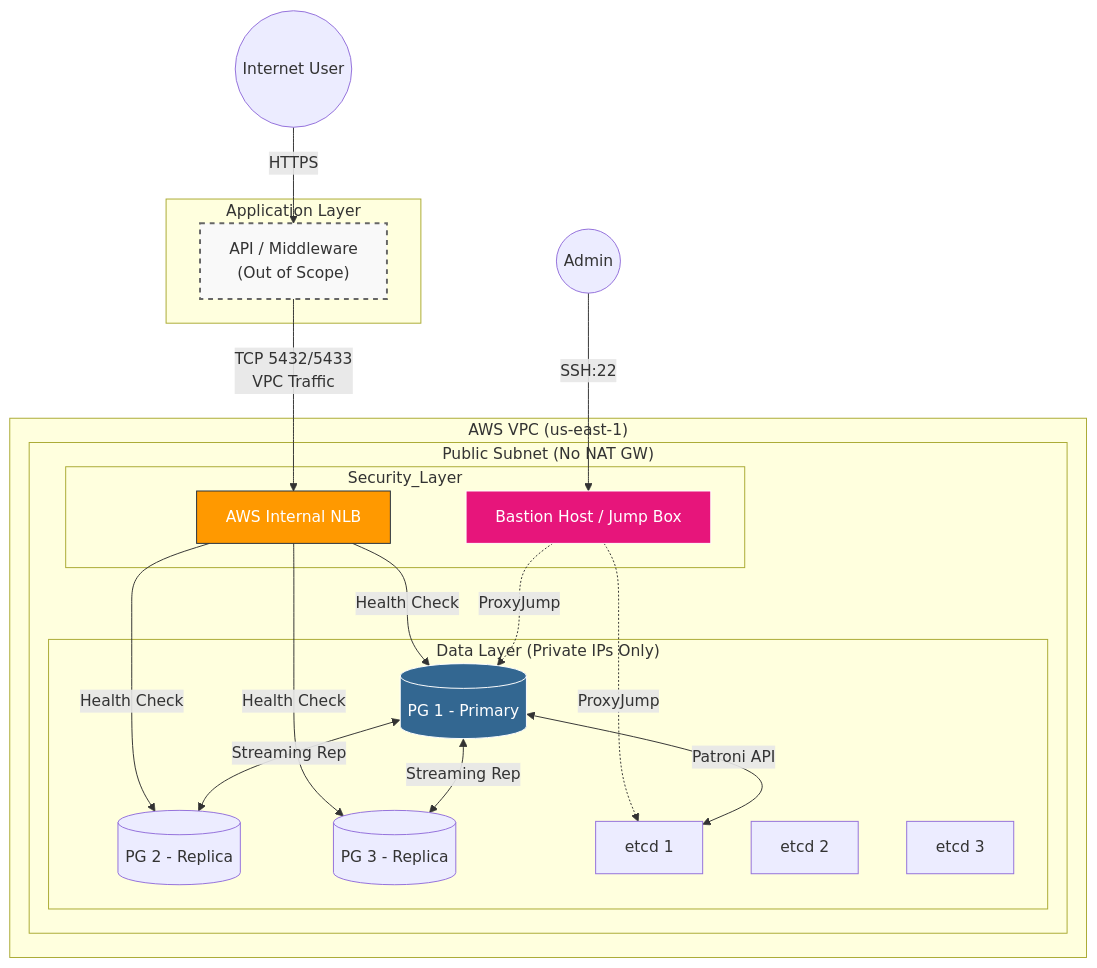
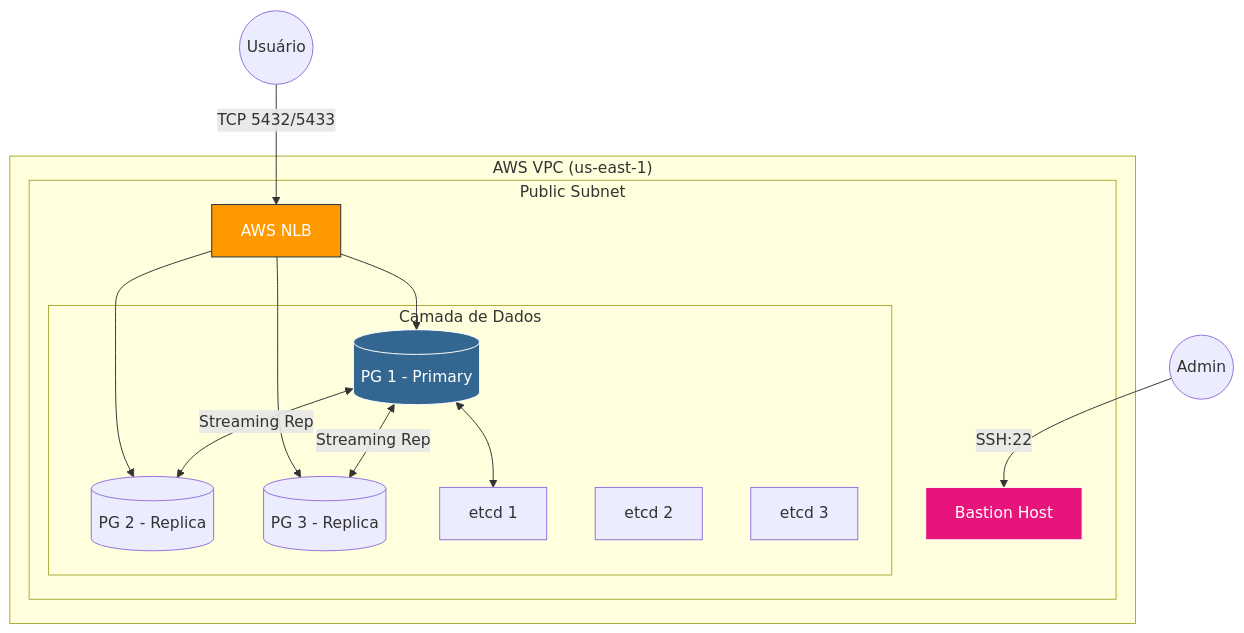
Before and after one commit to jean-souto/postgresql-ha-ec2: the second of 2 diagrams in README.md, drawn with Mermaid. The commit also changed other lines of this file and 3 other files, not shown here.

````diff
--- a/README.md
+++ b/README.md
@@ -619,47 +190,32 @@
 ```mermaid
 graph TD
-    User((Internet User)) -->|HTTPS| API
-    Admin((Admin)) -->|SSH:22| Bastion[Bastion Host / Jump Box]
-
-    subgraph App_Layer ["Application Layer"]
-        API["API / Middleware<br/>(Out of Scope)"]
-    end
-
-    API -->|TCP 5432/5433<br/>VPC Traffic| NLB[AWS Internal NLB]
+    User((Usuário)) -->|TCP 5432/5433| NLB[AWS NLB]
+    Admin((Admin)) -->|SSH:22| Bastion[Bastion Host]
 
     subgraph AWS_VPC ["AWS VPC (us-east-1)"]
-        subgraph Public_Subnet ["Public Subnet (No NAT GW)"]
+        subgraph Public_Subnet ["Public Subnet"]
+            Bastion
+            NLB
 
-            subgraph Security_Layer
-                Bastion
-                NLB
-            end
-
-            subgraph Data_Layer ["Data Layer (Private IPs Only)"]
+            subgraph Data_Layer ["Camada de Dados"]
                 PG1[(PG 1 - Primary)]
                 PG2[(PG 2 - Replica)]
                 PG3[(PG 3 - Replica)]
-
                 ETCD1[etcd 1]
                 ETCD2[etcd 2]
                 ETCD3[etcd 3]
             end
         end
     end
 
-    NLB -->|Health Check| PG1
-    NLB -->|Health Check| PG2
-    NLB -->|Health Check| PG3
-
-    Bastion -.->|ProxyJump| PG1
-    Bastion -.->|ProxyJump| ETCD1
-
-    PG1 <-->|Patroni API| ETCD1
+    NLB --> PG1
+    NLB --> PG2
+    NLB --> PG3
+    PG1 <--> ETCD1
     PG1 <-->|Streaming Rep| PG2
     PG1 <-->|Streaming Rep| PG3
 
     style NLB fill:#ff9900,stroke:#232f3e,color:white
     style PG1 fill:#336791,stroke:#fff,color:white
     style Bastion fill:#e7157b,stroke:#fff,color:white
-    style API fill:#f9f9f9,stroke:#666,stroke-width:2px,stroke-dasharray: 5 5,color:#333
 ```
````
